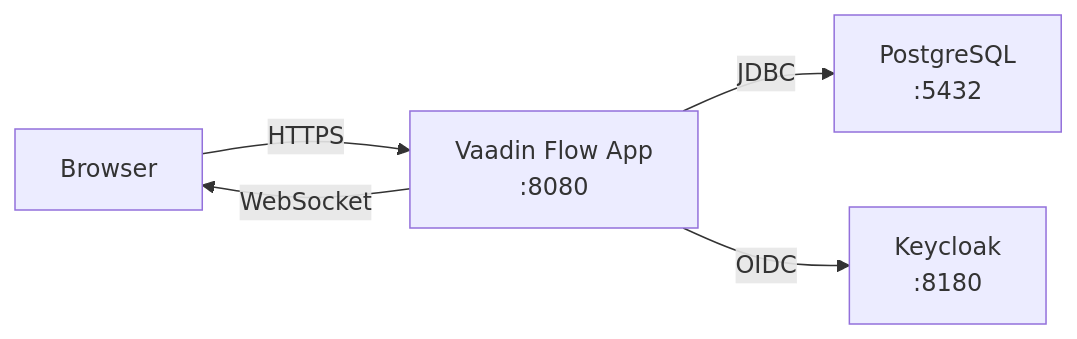
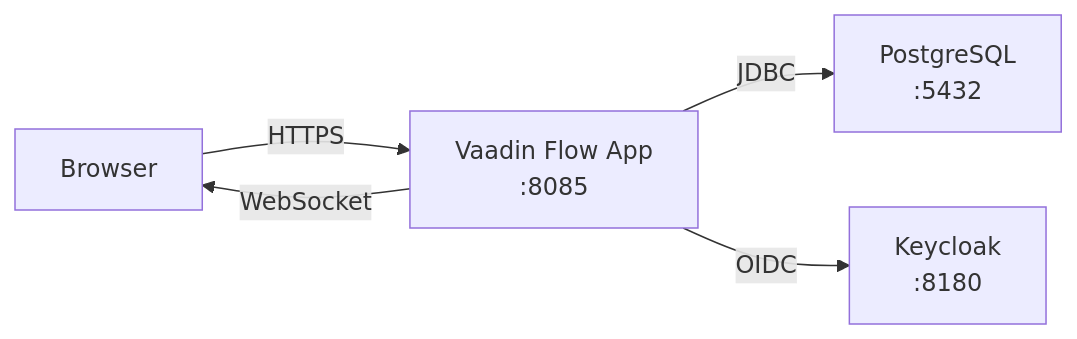
One commit to kron12345/railway-order-mgmt changed the first of 7 diagrams in docs/ARCHITECTURE.md. Above: the diagram before and after it, drawn with Mermaid. The commit also changed 25 other files, not shown here.

````diff
--- a/docs/ARCHITECTURE.md
+++ b/docs/ARCHITECTURE.md
@@ -5,7 +5,7 @@
 ```mermaid
 graph LR
-    Browser["Browser"] -->|HTTPS| App["Vaadin Flow App<br/>:8080"]
+    Browser["Browser"] -->|HTTPS| App["Vaadin Flow App<br/>:8085"]
     App -->|JDBC| DB["PostgreSQL<br/>:5432"]
     App -->|OIDC| KC["Keycloak<br/>:8180"]
     App -->|WebSocket| Browser
 ```
````
